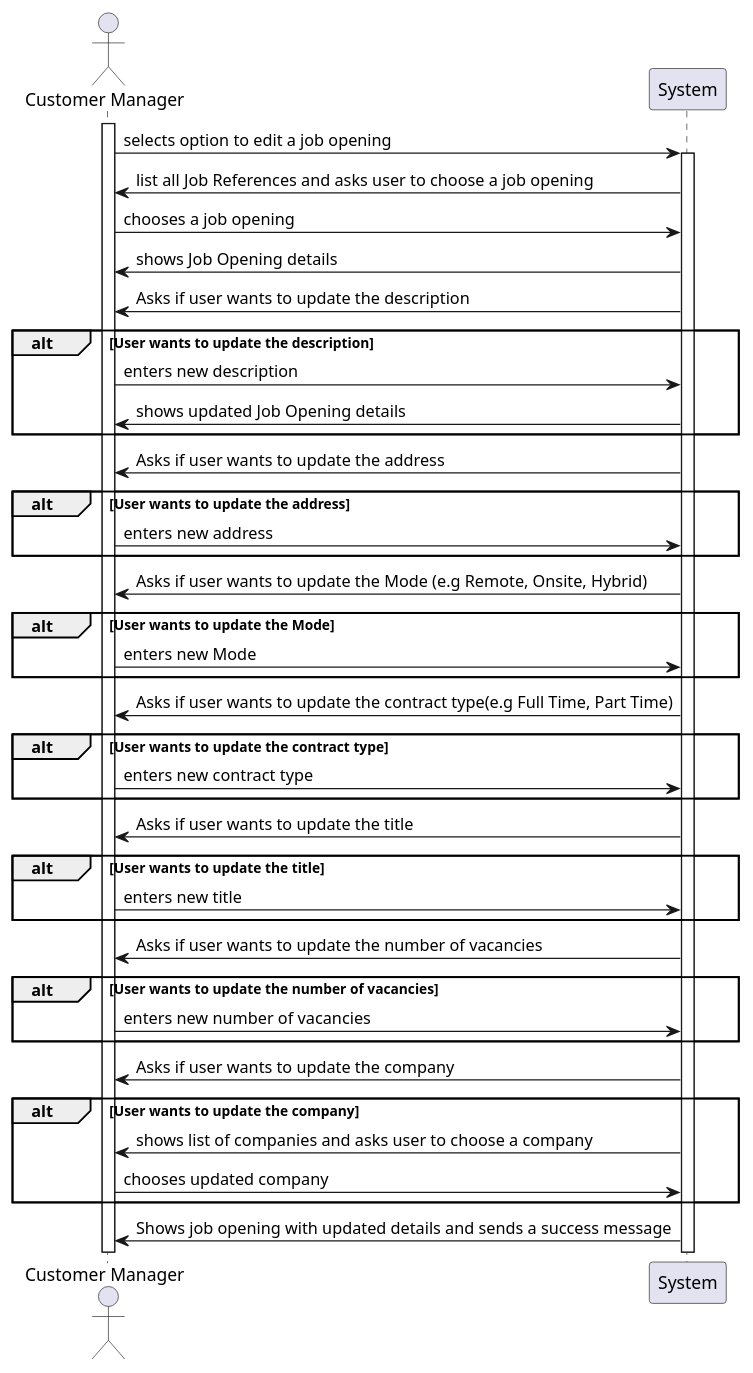
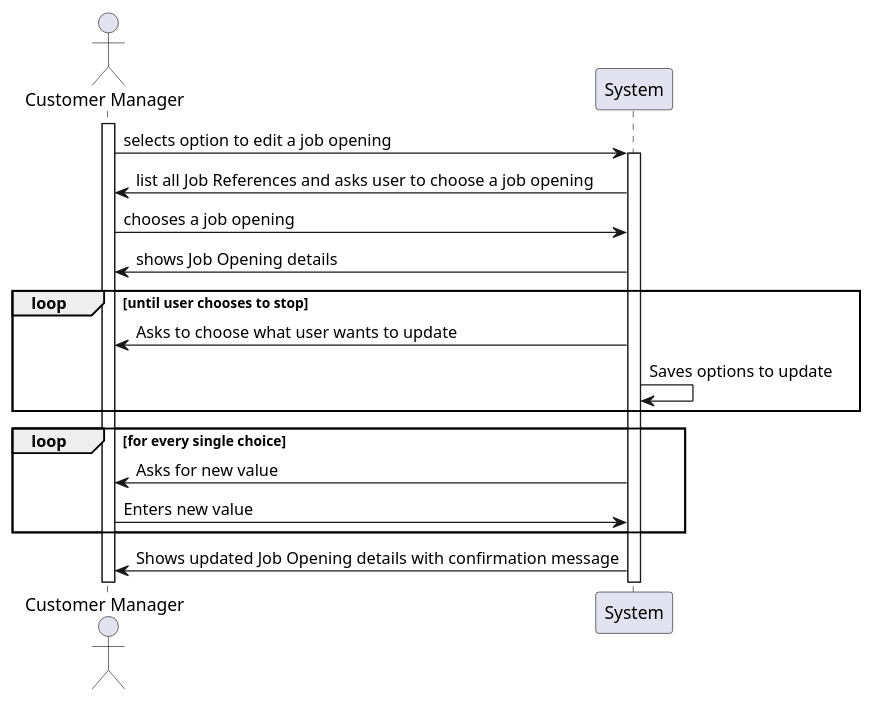
One commit to marcoferreira37/Lapr4 changed the diagram in docs/sprintC/1004/puml/1004-system-sequence-diagram.puml. Above: the diagram before and after it, drawn with PlantUML.

Commit message:
#36 [US1004] - SSD modifications

```diff
--- a/docs/sprintC/1004/puml/1004-system-sequence-diagram.puml
+++ b/docs/sprintC/1004/puml/1004-system-sequence-diagram.puml
@@ -1,55 +1,23 @@
 @startuml
 
 Actor "Customer Manager" as U
 Participant "System" as S
 
 activate U
 
 U -> S: selects option to edit a job opening
 activate S
 S -> U : list all Job References and asks user to choose a job opening
 U -> S : chooses a job opening
 S -> U : shows Job Opening details
-S -> U : Asks if user wants to update the description
-alt User wants to update the description
-    U -> S : enters new description
-    S -> U : shows updated Job Opening details
+loop until user chooses to stop
+S -> U : Asks to choose what user wants to update
+S -> S: Saves options to update
 end
-S -> U : Asks if user wants to update the address
-alt User wants to update the address
-    U -> S : enters new address
+loop for every single choice
+S -> U : Asks for new value
+U -> S : Enters new value
 end
-
-S -> U : Asks if user wants to update the Mode (e.g Remote, Onsite, Hybrid)
-alt User wants to update the Mode
-    U -> S : enters new Mode
-end
-
-S -> U : Asks if user wants to update the contract type(e.g Full Time, Part Time)
-
-alt User wants to update the contract type
-    U -> S : enters new contract type
-end
-
-S -> U : Asks if user wants to update the title
-
-alt User wants to update the title
-    U -> S : enters new title
-end
-
-S -> U : Asks if user wants to update the number of vacancies
-
-alt User wants to update the number of vacancies
-    U -> S : enters new number of vacancies
-end
-
-S -> U : Asks if user wants to update the company
-
-alt User wants to update the company
-    S -> U : shows list of companies and asks user to choose a company
-    U -> S : chooses updated company
-end
-
-S -> U : Shows job opening with updated details and sends a success message
+S -> U : Shows updated Job Opening details with confirmation message
 
 @enduml
```
